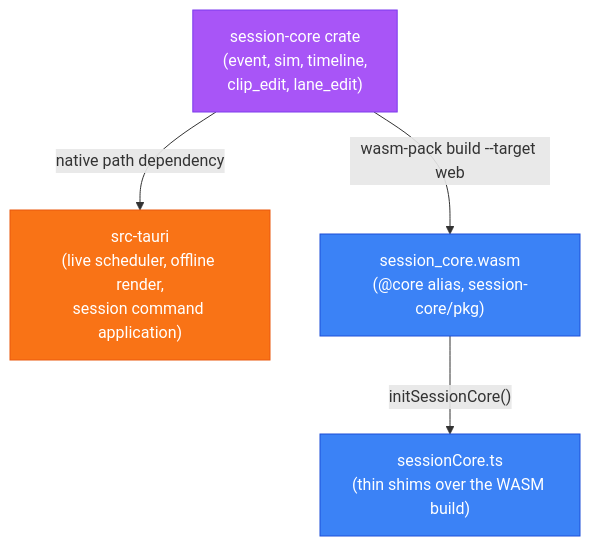
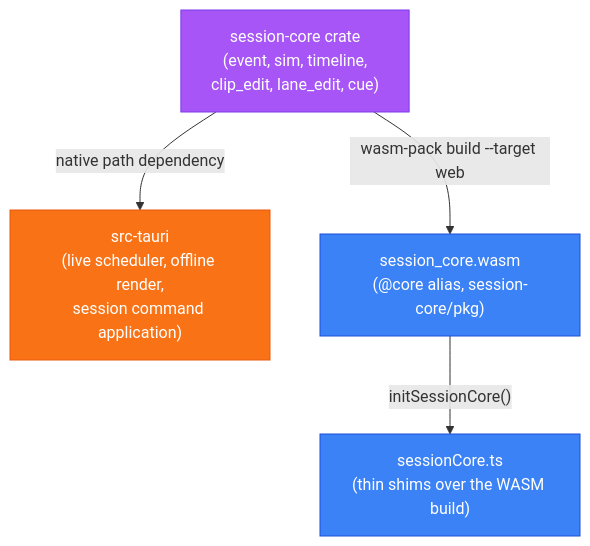
The fifth of 5 diagrams in architecture.md (berrutti/beatmatcher), drawn with Mermaid before and after one commit. The commit also changed other lines of this file and 34 other files, not shown here.

````diff
--- a/architecture.md
+++ b/architecture.md
@@ -108,12 +108,12 @@
 ```mermaid
 graph TD
     classDef core fill:#a855f7,stroke:#7c3aed,color:#fff
     classDef native fill:#f97316,stroke:#ea580c,color:#fff
     classDef wasm fill:#3b82f6,stroke:#1d4ed8,color:#fff
 
-    Core["session-core crate\n(event, sim, timeline,\nclip_edit, lane_edit)"]:::core
+    Core["session-core crate\n(event, sim, timeline,\nclip_edit, lane_edit, cue)"]:::core
 
     Core -- "native path dependency" --> Native["src-tauri\n(live scheduler, offline render,\nsession command application)"]:::native
     Core -- "wasm-pack build --target web" --> Wasm["session_core.wasm\n(@core alias, session-core/pkg)"]:::wasm
     Wasm -- "initSessionCore()" --> Wrapper["sessionCore.ts\n(thin shims over the WASM build)"]:::wasm
 ```
````
